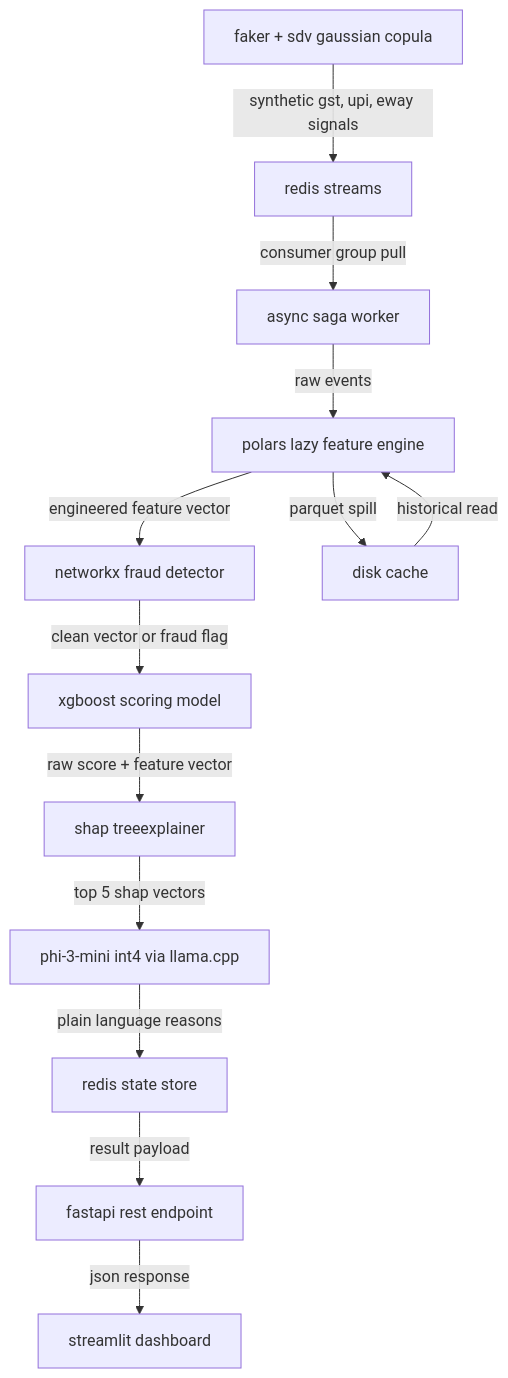
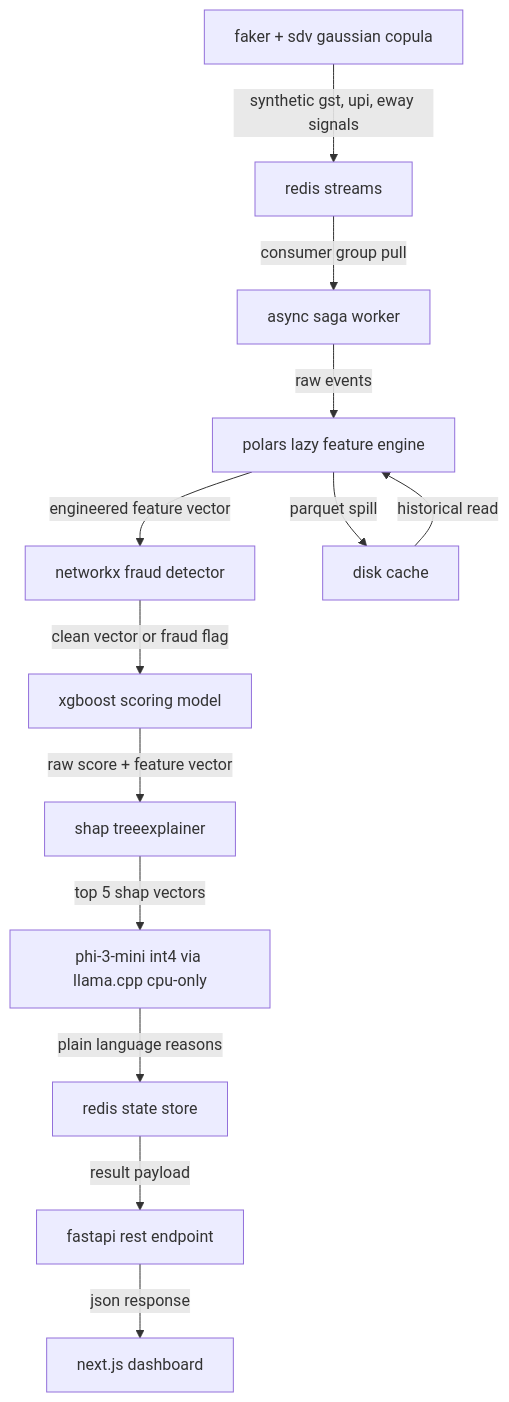
The first of 2 diagrams in markdownstochat/archi.md (CYCLOP5/CreditIQ), drawn with Mermaid before and after one commit. The commit also changed other lines of this file and 42 other files, not shown here.

````diff
--- a/markdownstochat/archi.md
+++ b/markdownstochat/archi.md
@@ -11,15 +11,15 @@
 ```mermaid
 flowchart TD
     a[faker + sdv gaussian copula] -->|synthetic gst, upi, eway signals| b[redis streams]
     b -->|consumer group pull| c[async saga worker]
     c -->|raw events| d[polars lazy feature engine]
     d -->|engineered feature vector| e[networkx fraud detector]
     e -->|clean vector or fraud flag| f[xgboost scoring model]
     f -->|raw score + feature vector| g[shap treeexplainer]
-    g -->|top 5 shap vectors| h[phi-3-mini int4 via llama.cpp]
+    g -->|top 5 shap vectors| h[phi-3-mini int4 via llama.cpp cpu-only]
     h -->|plain language reasons| i[redis state store]
     i -->|result payload| j[fastapi rest endpoint]
-    j -->|json response| k[streamlit dashboard]
+    j -->|json response| k[next.js dashboard]
     d -->|parquet spill| l[disk cache]
     l -->|historical read| d
 ```
````
